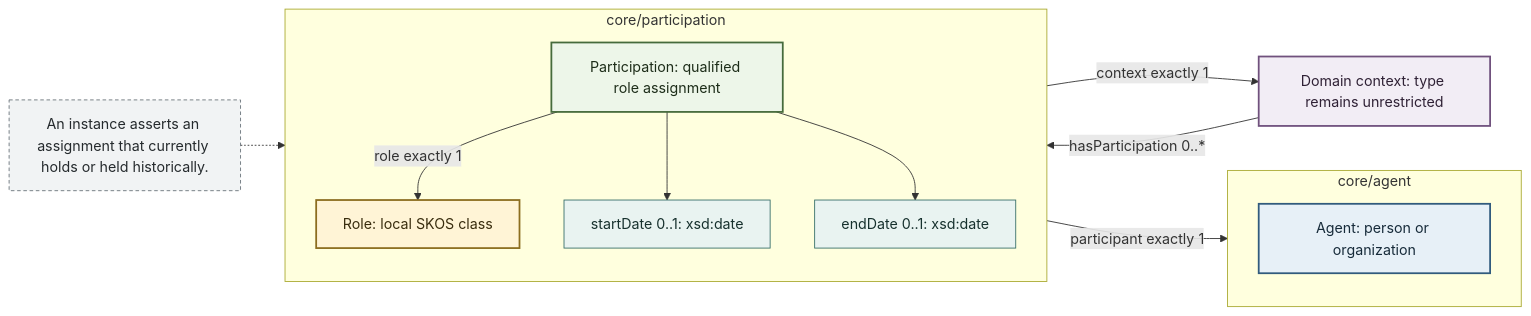
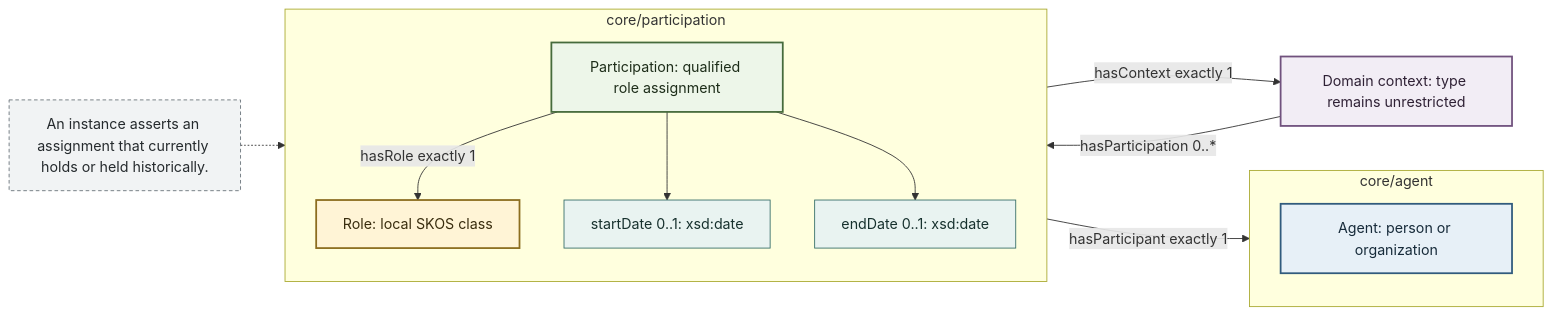
Before and after one commit to project-construct-x/constructx-ontologies: the first of 6 diagrams in modules/core/participation/docs/diagrams/participation-concept-model.md, drawn with Mermaid. The commit also changed other lines of this file and 43 other files, not shown here.

````diff
--- a/modules/core/participation/docs/diagrams/participation-concept-model.md
+++ b/modules/core/participation/docs/diagrams/participation-concept-model.md
@@ -12,42 +12,42 @@
 ```mermaid
 flowchart LR
     subgraph AGENT_CORE["core/agent"]
         direction TB
         Agent["Agent: person or organization"]
     end
 
     subgraph PARTICIPATION_CORE["core/participation"]
         direction TB
         Participation["Participation: qualified role assignment"]
         Role["Role: local SKOS class"]
         Start["startDate 0..1: xsd:date"]
         End["endDate 0..1: xsd:date"]
 
-        Participation -->|"role exactly 1"| Role
+        Participation -->|"hasRole exactly 1"| Role
         Participation --> Start
         Participation --> End
     end
 
     Context["Domain context: type remains unrestricted"]
 
-    Participation -->|"participant exactly 1"| Agent
-    Participation -->|"context exactly 1"| Context
+    Participation -->|"hasParticipant exactly 1"| Agent
+    Participation -->|"hasContext exactly 1"| Context
     Context -->|"hasParticipation 0..*"| Participation
 
     Meaning["An instance asserts an assignment that currently holds or held historically."]
     Meaning -.-> Participation
 
     classDef agent fill:#e7f0f7,stroke:#315b7d,color:#172b3a,stroke-width:2px;
     classDef participation fill:#edf6e9,stroke:#466b3c,color:#1d2d19,stroke-width:2px;
     classDef role fill:#fff4d6,stroke:#8c6d1f,color:#392d0e,stroke-width:2px;
     classDef context fill:#f2edf5,stroke:#70517d,color:#2f2135,stroke-width:2px;
     classDef date fill:#e9f3f1,stroke:#39706a,color:#17312e;
     classDef note fill:#f1f3f4,stroke:#6b747a,color:#252a2d,stroke-dasharray:4 3;
 
     class Agent agent;
     class Participation participation;
     class Role role;
     class Context context;
     class Start,End date;
     class Meaning note;
 ```
````
